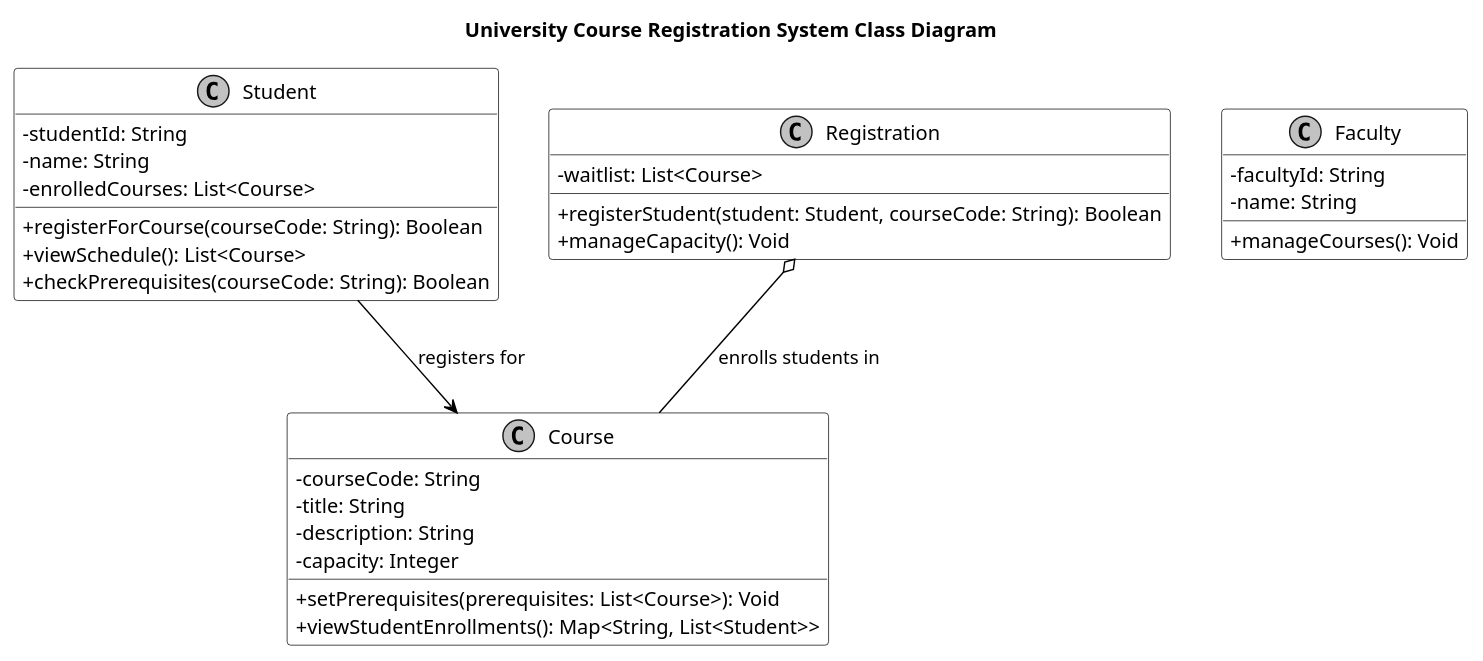
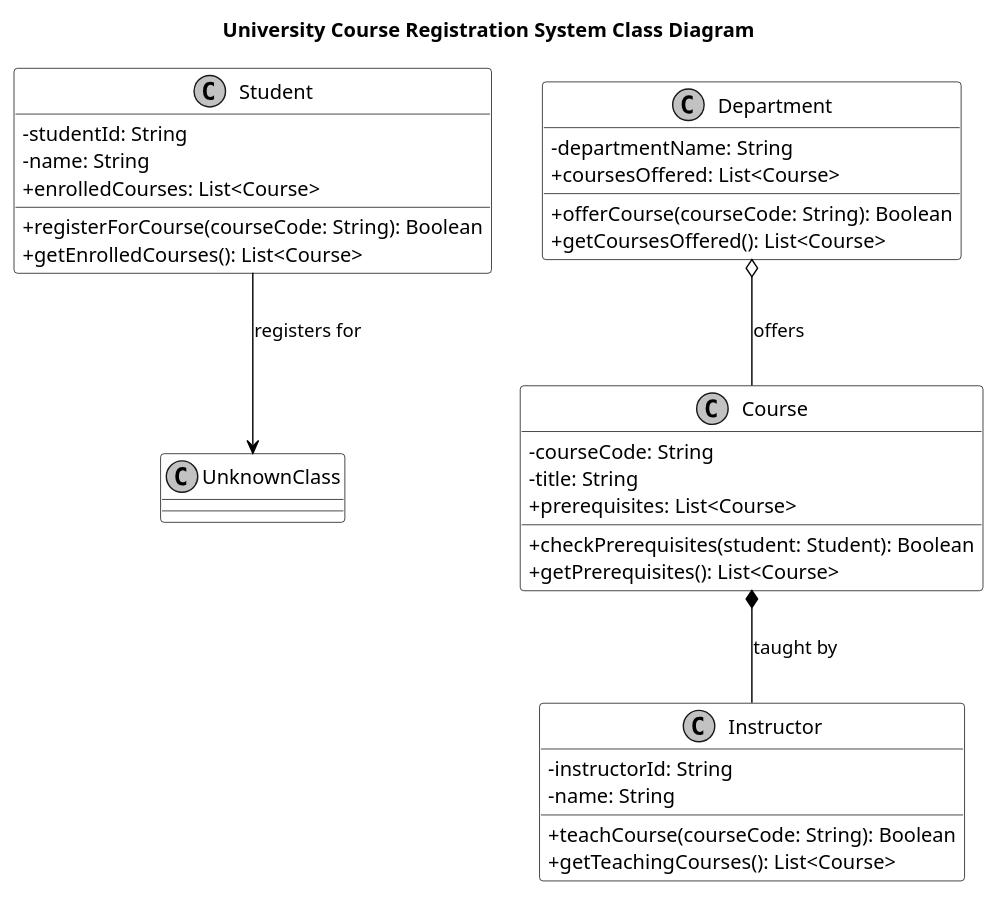
One commit to lailanabill/ReqBot changed the diagram in reqbotui/assets/umls/class_diagram.puml. Above: the diagram before and after it, drawn with PlantUML. The commit also changed 17 other files, not shown here.

Commit message:
cleaning assets to test api call of generating diagrams

```diff
--- a/reqbotui/assets/umls/class_diagram.puml
+++ b/reqbotui/assets/umls/class_diagram.puml
@@ -1,38 +1,39 @@
 @startuml
 title University Course Registration System Class Diagram
 skinparam classAttributeIconSize 0
 skinparam monochrome true
 skinparam class {
     BackgroundColor White
     BorderColor Black
     ArrowColor Black
 }
 class Student {
   - studentId: String
   - name: String
-  - enrolledCourses: List<Course>
+  + enrolledCourses: List<Course>
   + registerForCourse(courseCode: String): Boolean
-  + viewSchedule(): List<Course>
-  + checkPrerequisites(courseCode: String): Boolean
+  + getEnrolledCourses(): List<Course>
 }
 class Course {
   - courseCode: String
   - title: String
-  - description: String
-  - capacity: Integer
-  + setPrerequisites(prerequisites: List<Course>): Void
-  + viewStudentEnrollments(): Map<String, List<Student>>
+  + prerequisites: List<Course>
+  + checkPrerequisites(student: Student): Boolean
+  + getPrerequisites(): List<Course>
 }
-class Faculty {
-  - facultyId: String
+class Instructor {
+  - instructorId: String
   - name: String
-  + manageCourses(): Void
+  + teachCourse(courseCode: String): Boolean
+  + getTeachingCourses(): List<Course>
 }
-class Registration {
-  - waitlist: List<Course>
-  + registerStudent(student: Student, courseCode: String): Boolean
-  + manageCapacity(): Void
+class Department {
+  - departmentName: String
+  + coursesOffered: List<Course>
+  + offerCourse(courseCode: String): Boolean
+  + getCoursesOffered(): List<Course>
 }
-Student --> Course : registers for
-Registration o-- Course : enrolls students in
+Student --> UnknownClass : registers for
+Department o-- Course : offers
+Course *-- Instructor : taught by
 @enduml
```
